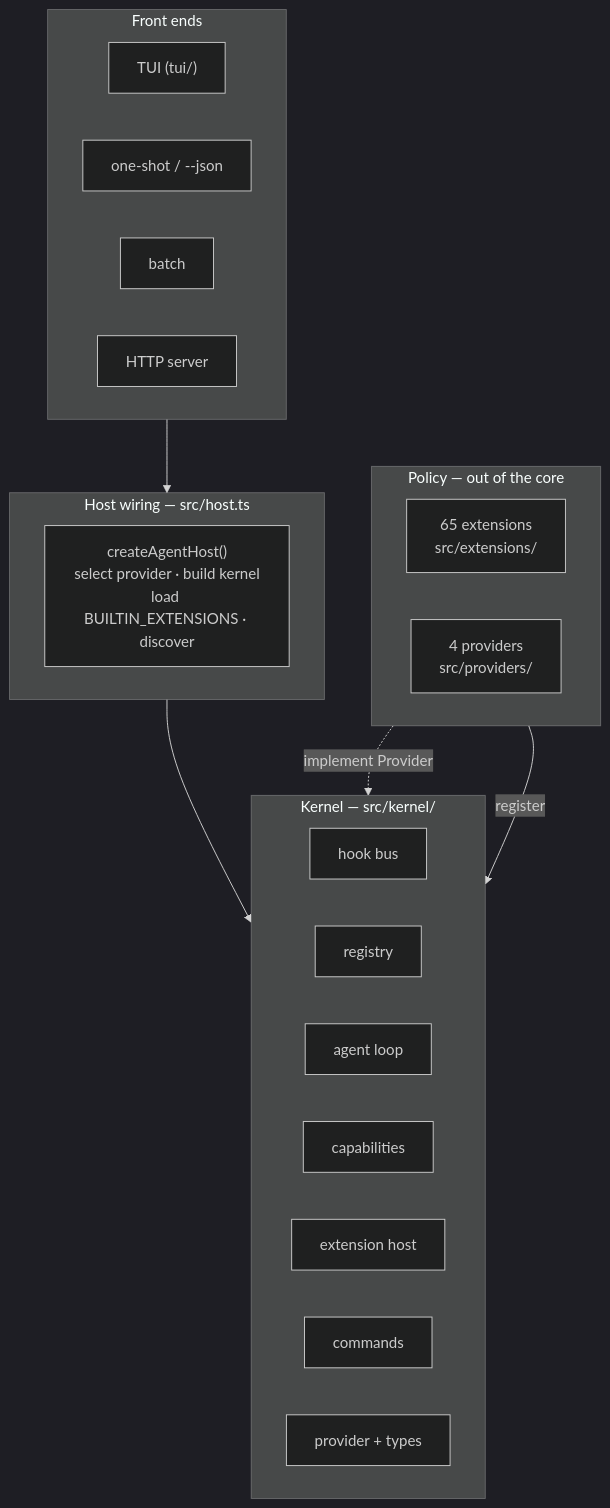
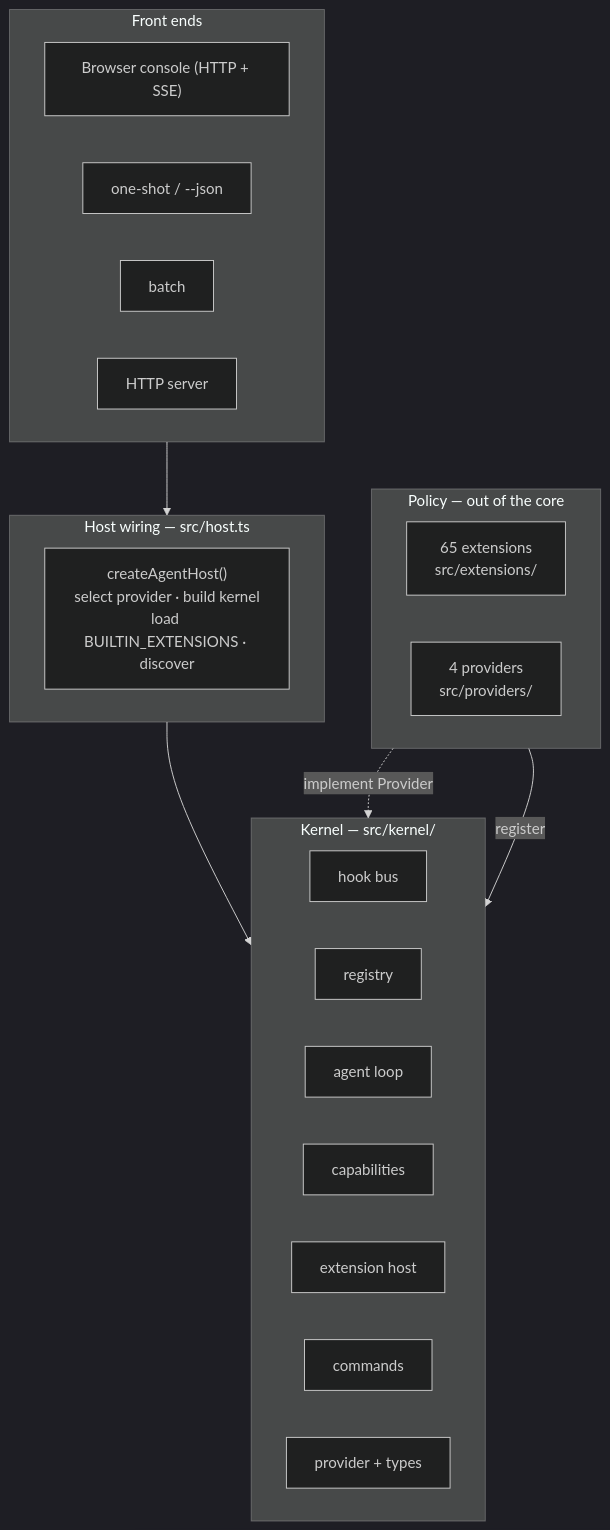
Before and after one commit to caohaotiantian/EAgent: the first of 10 diagrams in packages/eagent/ARCHITECTURE.md, drawn with Mermaid (dark theme). The commit also changed other lines of this file and 3 other files, not shown here.

````diff
--- a/packages/eagent/ARCHITECTURE.md
+++ b/packages/eagent/ARCHITECTURE.md
@@ -27,32 +27,32 @@
 ```mermaid
 flowchart TB
     subgraph L4["Front ends"]
         direction LR
-        TUI["TUI (tui/)"]
+        WEB["Browser console (HTTP + SSE)"]
         ONE["one-shot / --json"]
         BATCH["batch"]
         HTTP["HTTP server"]
     end
     subgraph L3["Host wiring — src/host.ts"]
         HOST["createAgentHost()<br/>select provider · build kernel<br/>load BUILTIN_EXTENSIONS · discover"]
     end
     subgraph L2["Kernel — src/kernel/"]
         direction LR
         HOOKS["hook bus"]
         REG["registry"]
         LOOP["agent loop"]
         CAPS["capabilities"]
         EXT["extension host"]
         CMD["commands"]
         TYPES["provider + types"]
     end
     subgraph L1["Policy — out of the core"]
         direction LR
         EXTS["65 extensions<br/>src/extensions/"]
         PROVS["4 providers<br/>src/providers/"]
     end
 
     L4 --> L3 --> L2
     EXTS -->|register| L2
     PROVS -.->|implement Provider| TYPES
 ```
````
